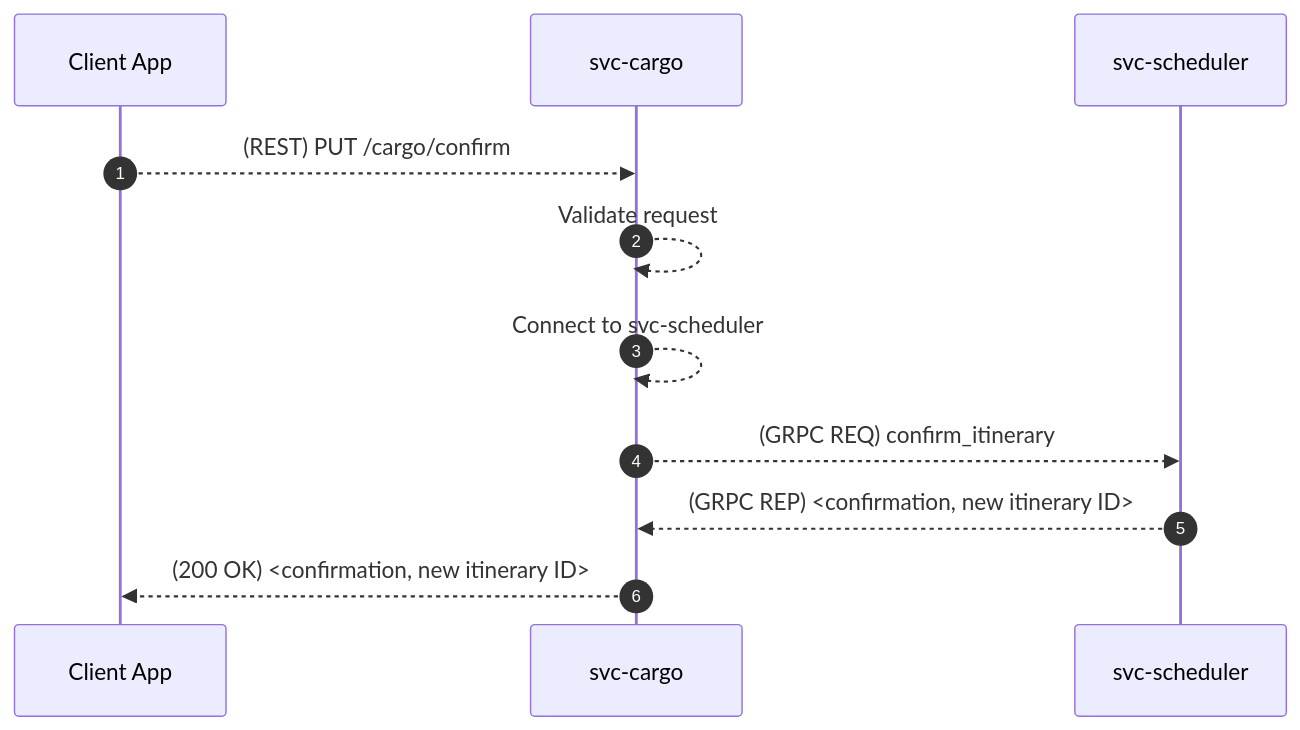
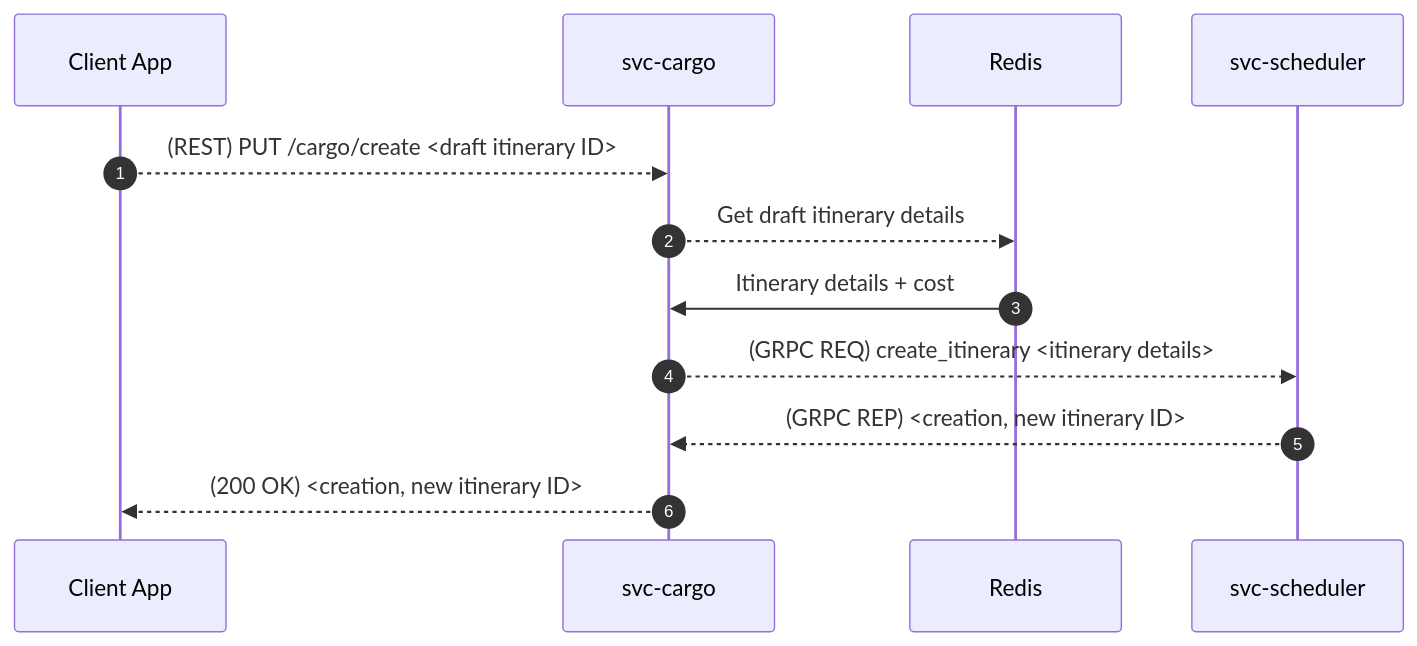
Before and after one commit to aetheric-oss/svc-cargo: the ninth of 25 diagrams in docs/sdd.md, drawn with Mermaid. The commit also changed other lines of this file and 24 other files, not shown here.

Commit message:
feat: add redis connection, update scheduler deps

````diff
--- a/docs/sdd.md
+++ b/docs/sdd.md
@@ -229,13 +231,14 @@
 ```mermaid
 sequenceDiagram
     autonumber
     participant client as Client App
     participant cargo as svc-cargo
+    participant redis as Redis
     participant scheduler as svc-scheduler
-    client-->>cargo: (REST) PUT /cargo/confirm
-    cargo-->>cargo: Validate request
-    cargo-->>cargo: Connect to svc-scheduler
-    cargo-->>scheduler: (GRPC REQ) confirm_itinerary
-    scheduler-->>cargo: (GRPC REP) <confirmation, new itinerary ID>
-    cargo-->>client: (200 OK) <confirmation, new itinerary ID>
+    client-->>cargo: (REST) PUT /cargo/create <draft itinerary ID>
+    cargo-->>redis: Get draft itinerary details
+    redis->>cargo: Itinerary details + cost
+    cargo-->>scheduler: (GRPC REQ) create_itinerary <itinerary details>
+    scheduler-->>cargo: (GRPC REP) <creation, new itinerary ID>
+    cargo-->>client: (200 OK) <creation, new itinerary ID>
 ```
````
